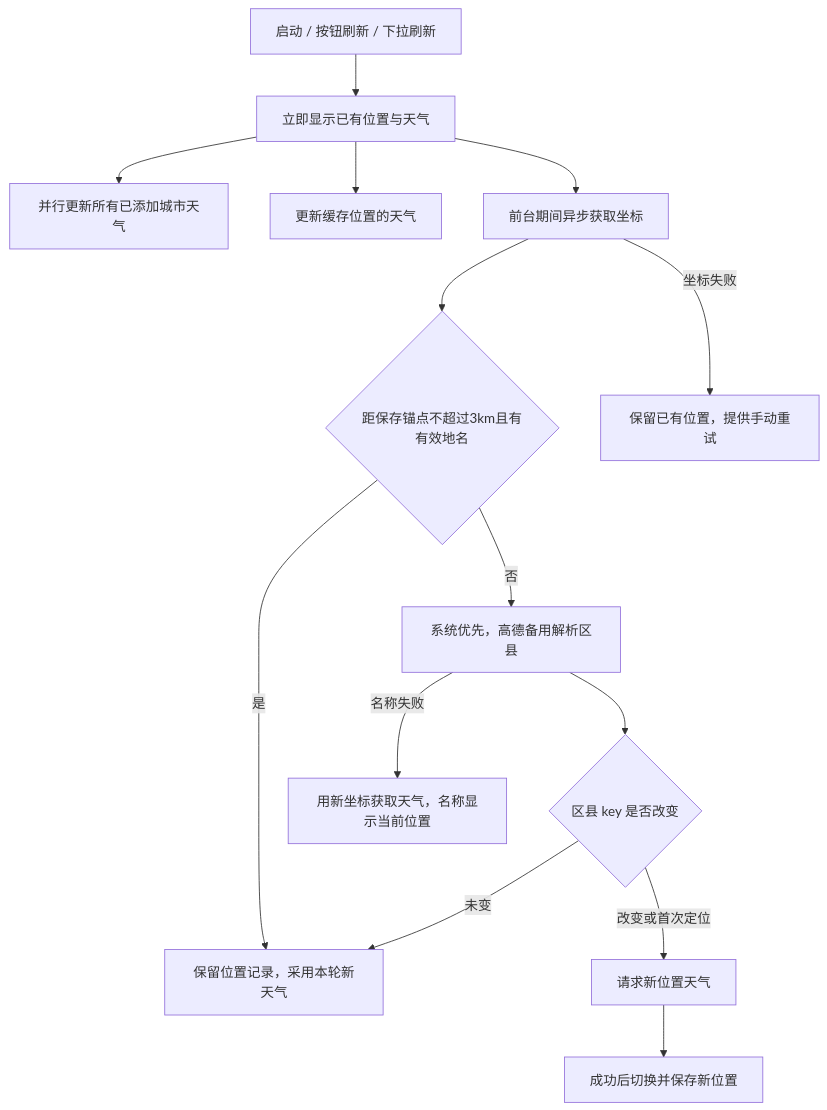
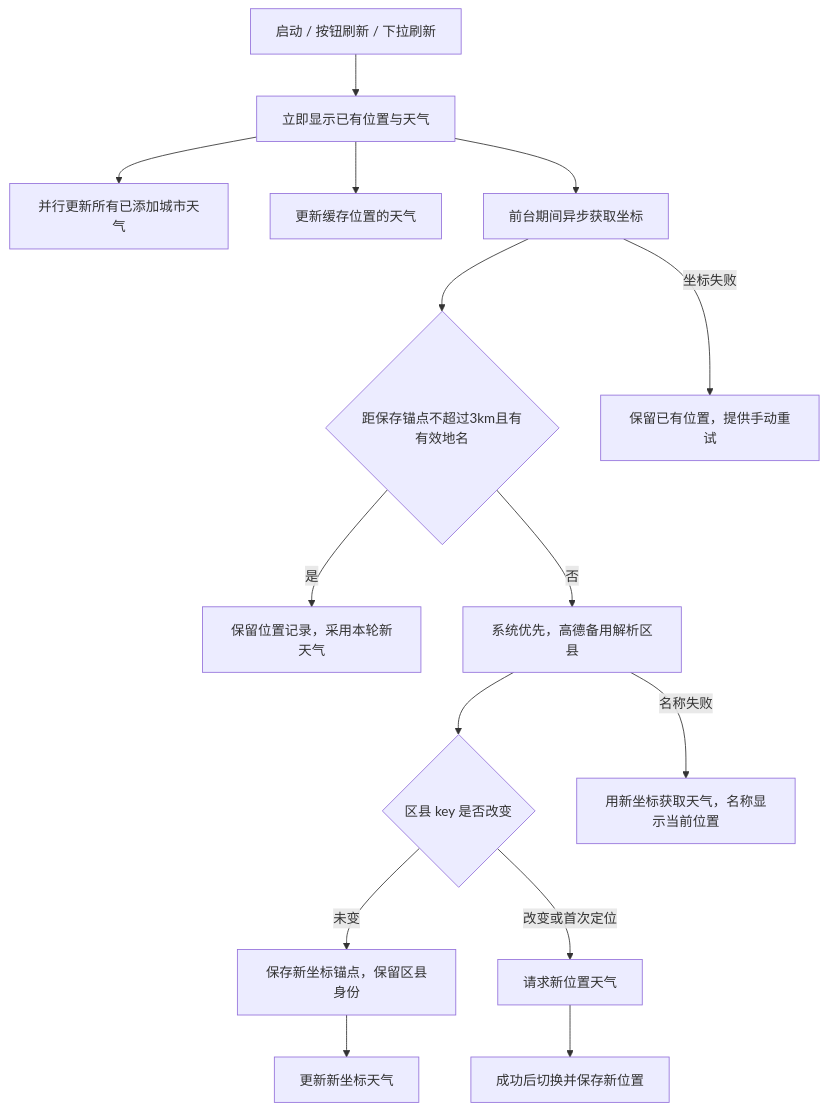
Before and after one commit to liu-gongjie/TravelWeather: the second of 2 diagrams in docs/DESIGN.md, drawn with Mermaid. The commit also changed other lines of this file and 2 other files, not shown here.

````diff
--- a/docs/DESIGN.md
+++ b/docs/DESIGN.md
@@ -133,16 +136,17 @@
 ```mermaid
 flowchart TD
     A[启动 / 按钮刷新 / 下拉刷新] --> B[立即显示已有位置与天气]
     B --> C[并行更新所有已添加城市天气]
     B --> D[更新缓存位置的天气]
     B --> E[前台期间异步获取坐标]
     E --> R{距保存锚点不超过3km且有有效地名}
     R -->|是| G[保留位置记录，采用本轮新天气]
     R -->|否| S[系统优先，高德备用解析区县]
     S --> F{区县 key 是否改变}
-    F -->|未变| G[保留位置记录，采用本轮新天气]
+    F -->|未变| U[保存新坐标锚点，保留区县身份]
+    U --> V[更新新坐标天气]
     F -->|改变或首次定位| H[请求新位置天气]
     H --> I[成功后切换并保存新位置]
     E -->|坐标失败| J[保留已有位置，提供手动重试]
     S -->|名称失败| T[用新坐标获取天气，名称显示当前位置]
 ```
````
